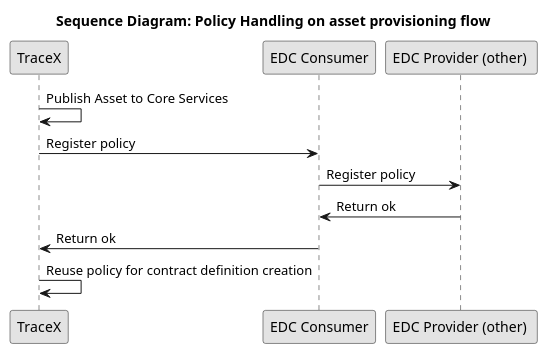
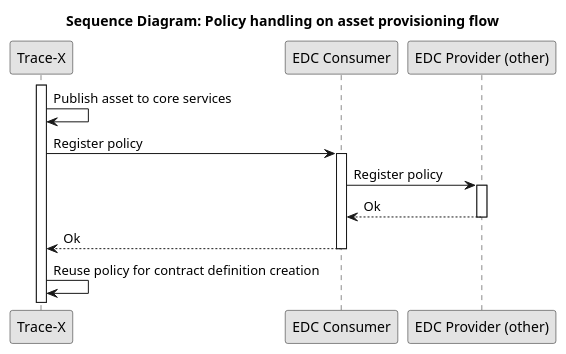
One commit to eclipse-tractusx/traceability-foss changed the diagram in docs/src/uml-diagrams/arc42/runtime-view/policies/policy-assets.puml. Above: the diagram before and after it, drawn with PlantUML. The commit also changed 4 other files, not shown here.

```diff
--- a/docs/src/uml-diagrams/arc42/runtime-view/policies/policy-assets.puml
+++ b/docs/src/uml-diagrams/arc42/runtime-view/policies/policy-assets.puml
@@ -1,18 +1,22 @@
 @startuml
 skinparam monochrome true
 skinparam shadowing false
 skinparam defaultFontName "Architects daughter"
 
-title Sequence Diagram: Policy Handling on asset provisioning flow
-participant "TraceX" as TraceX
+title Sequence Diagram: Policy handling on asset provisioning flow
+participant "Trace-X" as TraceX
 participant "EDC Consumer" as EdcConsumer
-participant "EDC Provider (other) " as EdcProvider
+participant "EDC Provider (other)" as EdcProvider
 
-TraceX -> TraceX: Publish Asset to Core Services
+activate TraceX
+TraceX -> TraceX: Publish asset to core services
 TraceX -> EdcConsumer: Register policy
+activate EdcConsumer
 EdcConsumer -> EdcProvider: Register policy
-EdcProvider -> EdcConsumer: Return ok
-EdcConsumer -> TraceX: Return ok
+activate EdcProvider
+EdcProvider --> EdcConsumer: Ok
+deactivate EdcProvider
+EdcConsumer --> TraceX: Ok
+deactivate EdcConsumer
 TraceX -> TraceX: Reuse policy for contract definition creation
-
 @enduml
```
